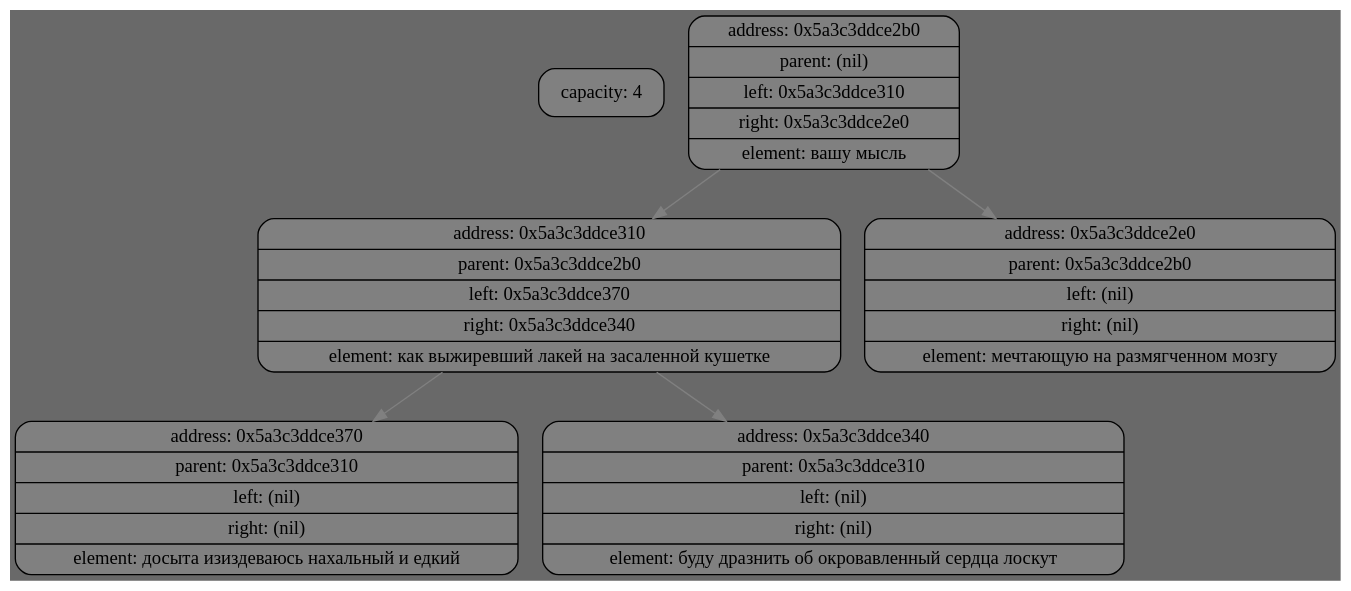
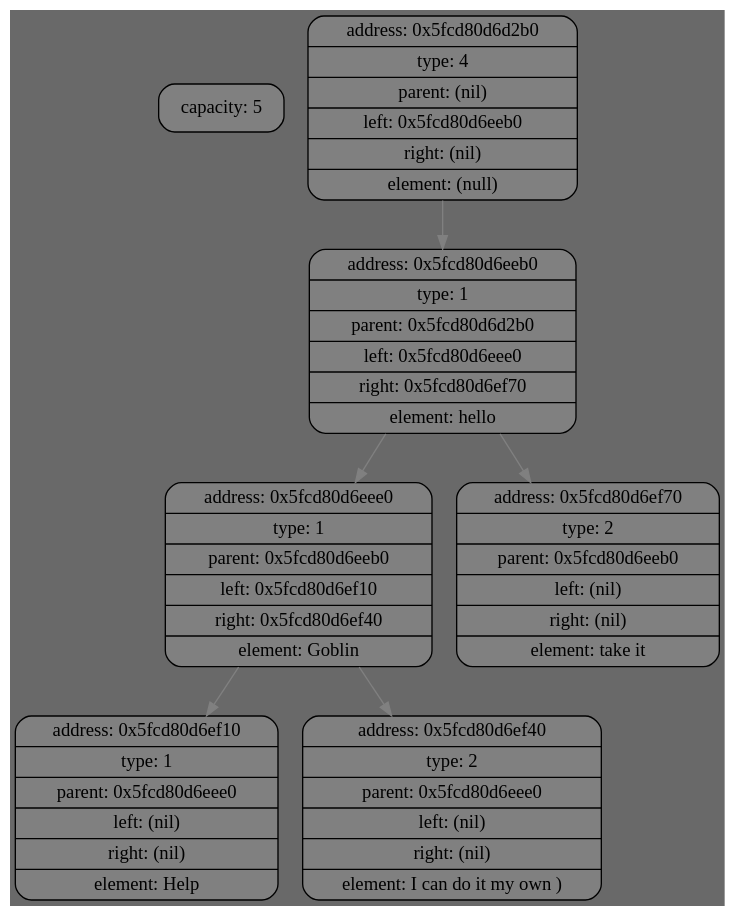
The diagram in dotfile.gv (demagogen/binary_tree), drawn with Graphviz before and after one commit. The commit also changed 31 other files, not shown here.

```diff
--- a/dotfile.gv
+++ b/dotfile.gv
@@ -1,19 +1,22 @@
 digraph {bgcolor="#696969" rankdir = TB
-Info[shape=Mrecord,style=filled,fillcolor="grey",label="capacity: 4",fontcolor = "black",fontsize = 14];
+Info[shape=Mrecord,style=filled,fillcolor="grey",label="capacity: 5",fontcolor = "black",fontsize = 14];
 
-node0[shape=Mrecord, style=filled, fillcolor="grey", label=" {address: 0x5a3c3ddce2b0 | parent: (nil) | left:   0x5a3c3ddce310 | right:  0x5a3c3ddce2e0 | element: вашу мысль}"];  
+node0[shape=Mrecord, style=filled, fillcolor="grey", label=" {address: 0x5fcd80d6d2b0 | type:   4 | parent: (nil) | left:   0x5fcd80d6eeb0 | right:  (nil) | element: (null)}"];  
 
 node0->node1[color = "grey"];
-node1[shape=Mrecord, style=filled, fillcolor="grey", label=" {address: 0x5a3c3ddce310 | parent: 0x5a3c3ddce2b0 | left:   0x5a3c3ddce370 | right:  0x5a3c3ddce340 | element: как выжиревший лакей на засаленной кушетке}"];  
+node1[shape=Mrecord, style=filled, fillcolor="grey", label=" {address: 0x5fcd80d6eeb0 | type:   1 | parent: 0x5fcd80d6d2b0 | left:   0x5fcd80d6eee0 | right:  0x5fcd80d6ef70 | element: hello}"];  
 
 node1->node2[color = "grey"];
-node2[shape=Mrecord, style=filled, fillcolor="grey", label=" {address: 0x5a3c3ddce370 | parent: 0x5a3c3ddce310 | left:   (nil) | right:  (nil) | element: досыта изиздеваюсь нахальный и едкий}"];  
+node2[shape=Mrecord, style=filled, fillcolor="grey", label=" {address: 0x5fcd80d6eee0 | type:   1 | parent: 0x5fcd80d6eeb0 | left:   0x5fcd80d6ef10 | right:  0x5fcd80d6ef40 | element: Goblin}"];  
 
-node1->node3[color = "grey"];
-node3[shape=Mrecord, style=filled, fillcolor="grey", label=" {address: 0x5a3c3ddce340 | parent: 0x5a3c3ddce310 | left:   (nil) | right:  (nil) | element: буду дразнить об окровавленный сердца лоскут}"];  
+node2->node3[color = "grey"];
+node3[shape=Mrecord, style=filled, fillcolor="grey", label=" {address: 0x5fcd80d6ef10 | type:   1 | parent: 0x5fcd80d6eee0 | left:   (nil) | right:  (nil) | element: Help}"];  
 
-node0->node4[color = "grey"];
-node4[shape=Mrecord, style=filled, fillcolor="grey", label=" {address: 0x5a3c3ddce2e0 | parent: 0x5a3c3ddce2b0 | left:   (nil) | right:  (nil) | element: мечтающую на размягченном мозгу}"];  
+node2->node4[color = "grey"];
+node4[shape=Mrecord, style=filled, fillcolor="grey", label=" {address: 0x5fcd80d6ef40 | type:   2 | parent: 0x5fcd80d6eee0 | left:   (nil) | right:  (nil) | element: I can do it my own )}"];  
+
+node1->node5[color = "grey"];
+node5[shape=Mrecord, style=filled, fillcolor="grey", label=" {address: 0x5fcd80d6ef70 | type:   2 | parent: 0x5fcd80d6eeb0 | left:   (nil) | right:  (nil) | element: take it}"];  
 
 
 }
```
